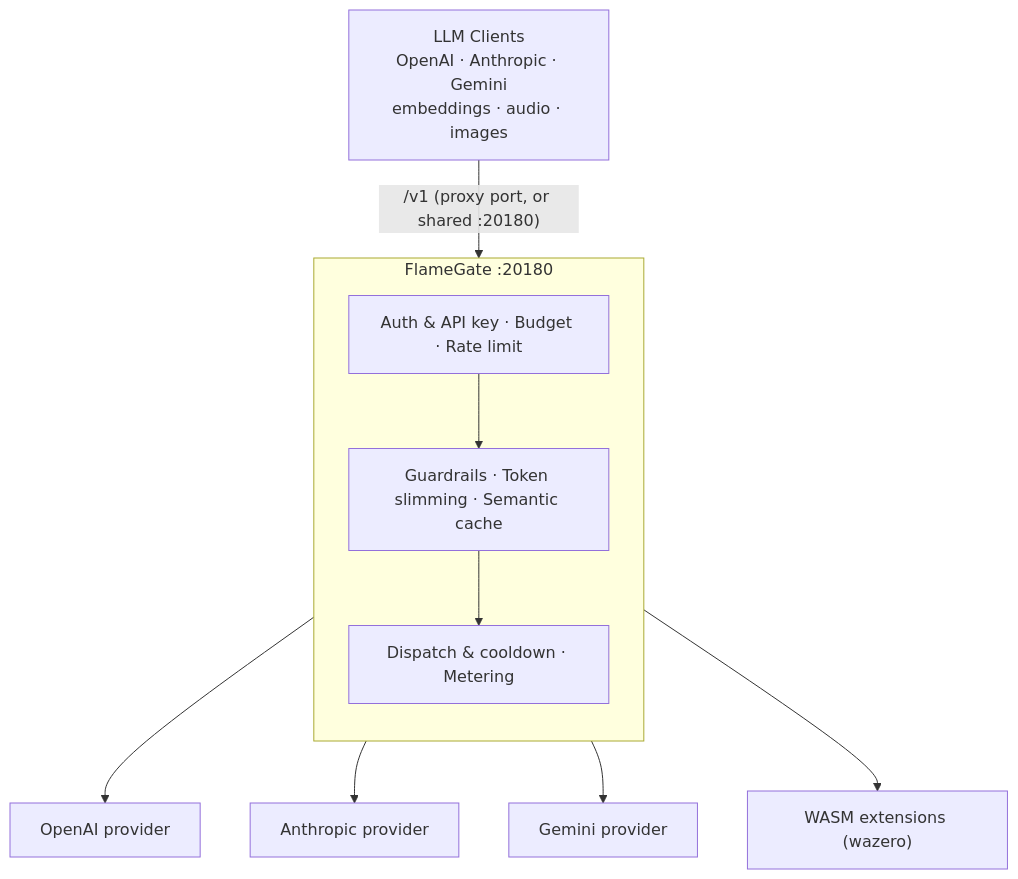
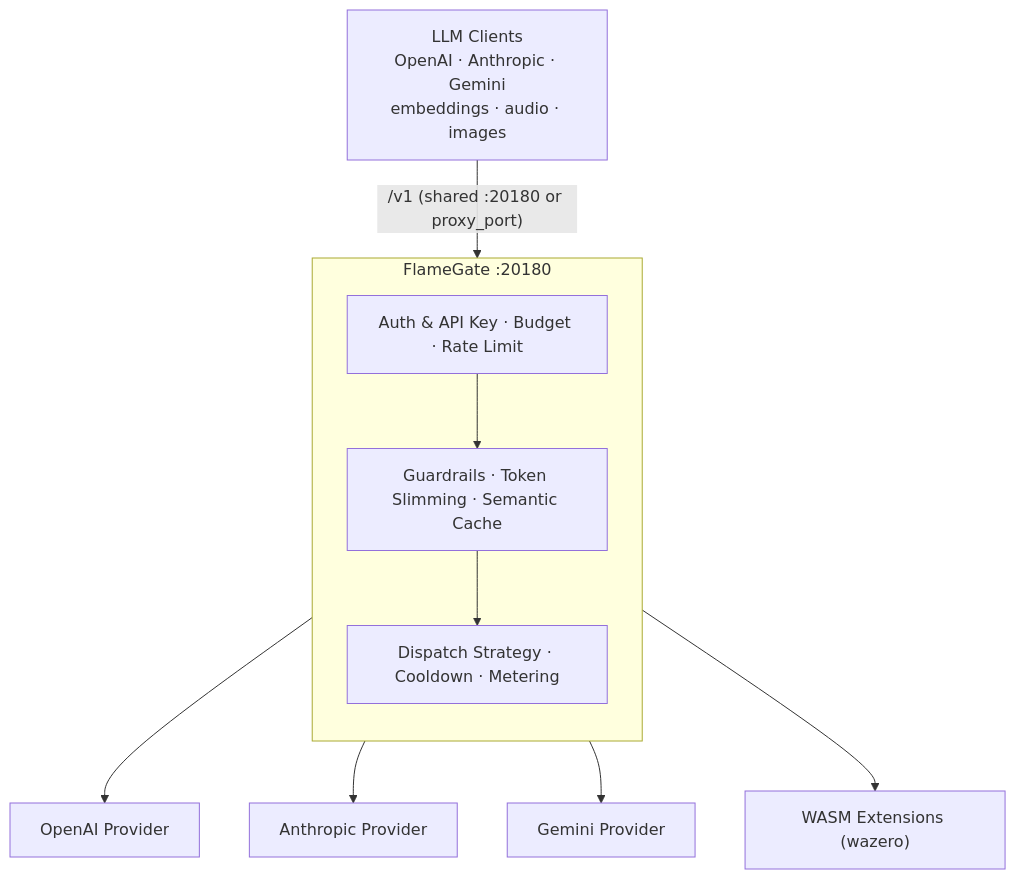
Before and after one commit to bobbyunknown/flamegate: the diagram in README.md, drawn with Mermaid. The commit also changed other lines of this file and 6 other files, not shown here.

````diff
--- a/README.md
+++ b/README.md
@@ -27,17 +27,17 @@
 ```mermaid
 flowchart TD
-    Client["LLM Clients<br/>OpenAI · Anthropic · Gemini<br/>embeddings · audio · images"] -->|"/v1 (proxy port, or shared :20180)"| Gateway
+    Client["LLM Clients<br/>OpenAI · Anthropic · Gemini<br/>embeddings · audio · images"] -->|"/v1 (shared :20180 or proxy_port)"| Gateway
 
     subgraph Gateway["FlameGate :20180"]
         direction TB
-        Auth["Auth & API key · Budget · Rate limit"]
-        Process["Guardrails · Token slimming · Semantic cache"]
-        Dispatch["Dispatch & cooldown · Metering"]
+        Auth["Auth & API Key · Budget · Rate Limit"]
+        Process["Guardrails · Token Slimming · Semantic Cache"]
+        Dispatch["Dispatch Strategy · Cooldown · Metering"]
         Auth --> Process --> Dispatch
     end
 
-    Gateway --> POpenAI["OpenAI provider"]
-    Gateway --> PAnthropic["Anthropic provider"]
-    Gateway --> PGemini["Gemini provider"]
-    Gateway --> PExt["WASM extensions (wazero)"]
+    Gateway --> POpenAI["OpenAI Provider"]
+    Gateway --> PAnthropic["Anthropic Provider"]
+    Gateway --> PGemini["Gemini Provider"]
+    Gateway --> PExt["WASM Extensions (wazero)"]
 ```
````
